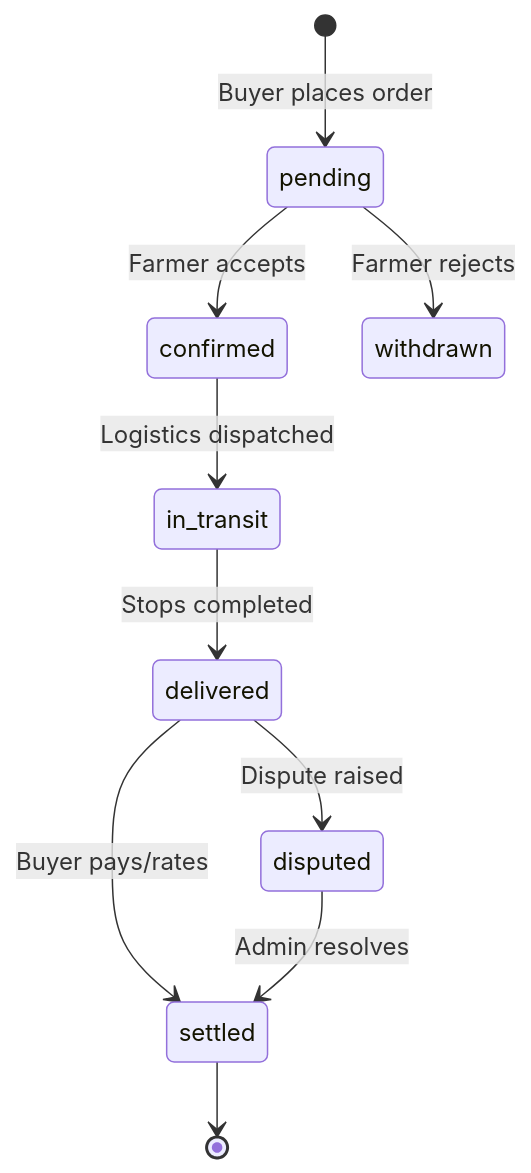
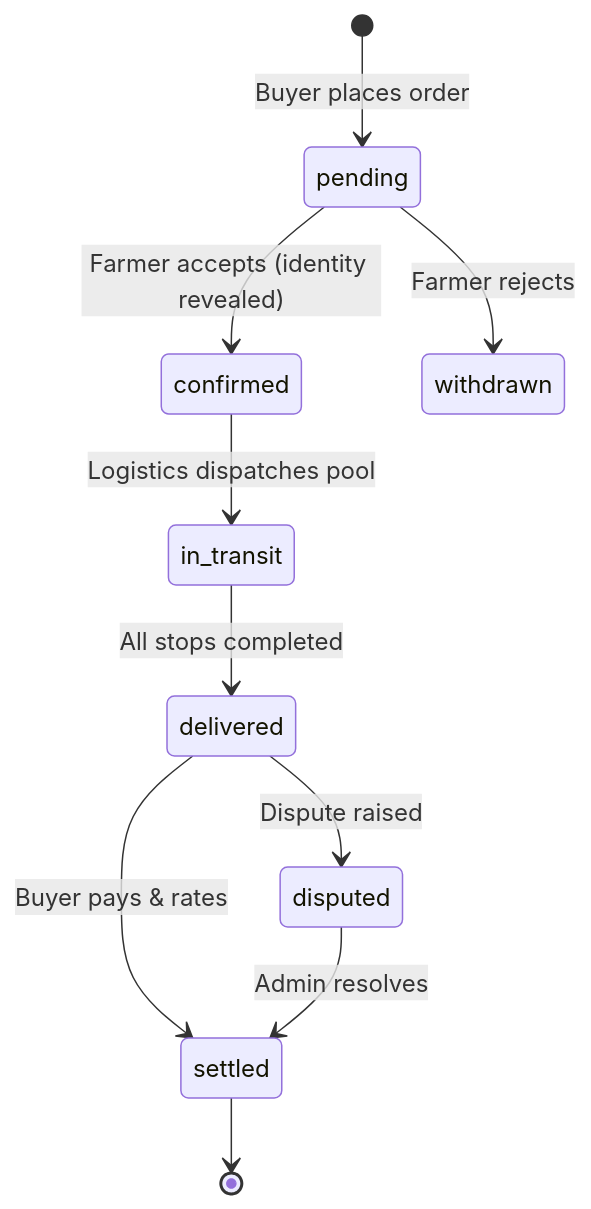
One commit to cressica18/SIH2026_MVP changed the fourth of 4 diagrams in README.md. Above: the diagram before and after it, drawn with Mermaid. The commit also changed other lines of this file, not shown here.

````diff
--- a/README.md
+++ b/README.md
@@ -122,12 +143,12 @@
 ```mermaid
 stateDiagram-v2
     [*] --> pending : Buyer places order
-    pending --> confirmed : Farmer accepts
+    pending --> confirmed : Farmer accepts (identity revealed)
     pending --> withdrawn : Farmer rejects
-    confirmed --> in_transit : Logistics dispatched
-    in_transit --> delivered : Stops completed
-    delivered --> settled : Buyer pays/rates
+    confirmed --> in_transit : Logistics dispatches pool
+    in_transit --> delivered : All stops completed
+    delivered --> settled : Buyer pays & rates
     delivered --> disputed : Dispute raised
     disputed --> settled : Admin resolves
     settled --> [*]
 ```
````
